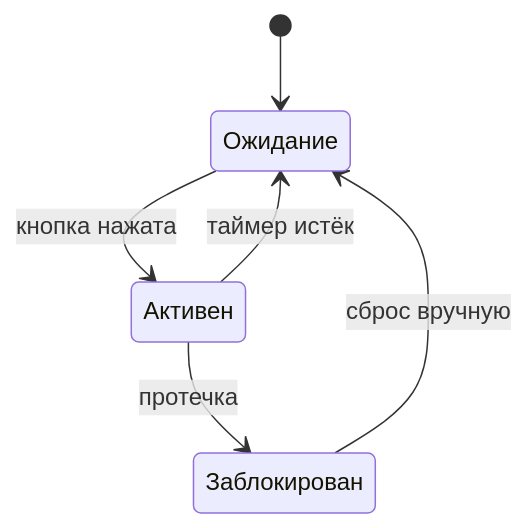
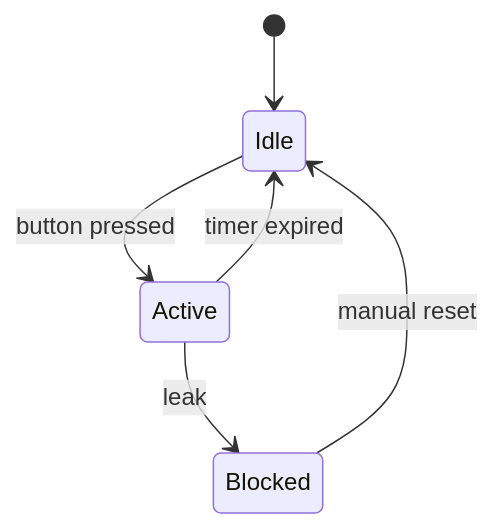
The second of 3 diagrams in skills/bash/diagrams/SKILL.md (wirenboard/wb-ai-skills), drawn with Mermaid before and after one commit. The commit also changed other lines of this file and 62 other files, not shown here.

````diff
--- a/skills/bash/diagrams/SKILL.md
+++ b/skills/bash/diagrams/SKILL.md
@@ -56,8 +56,8 @@
 ```mermaid
 stateDiagram-v2
-    [*] --> Ожидание
-    Ожидание --> Активен : кнопка нажата
-    Активен --> Ожидание : таймер истёк
-    Активен --> Заблокирован : протечка
-    Заблокирован --> Ожидание : сброс вручную
+    [*] --> Idle
+    Idle --> Active : button pressed
+    Active --> Idle : timer expired
+    Active --> Blocked : leak
+    Blocked --> Idle : manual reset
 ```
````
